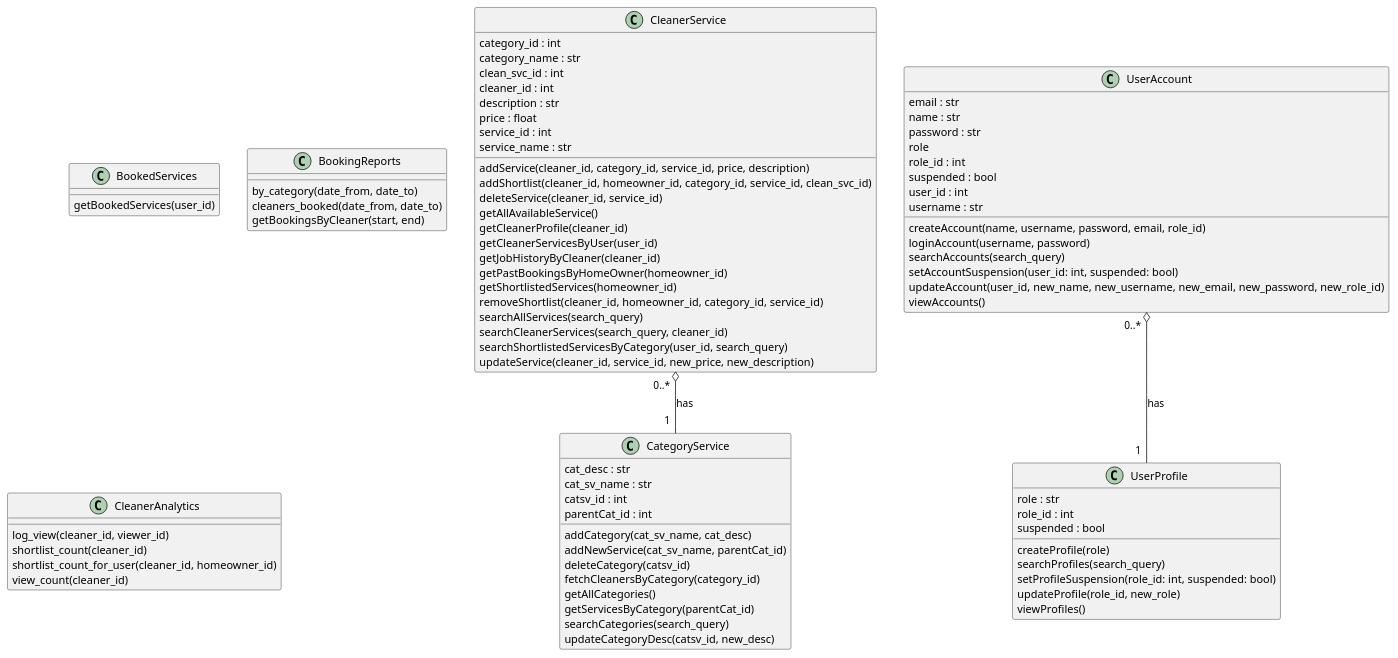
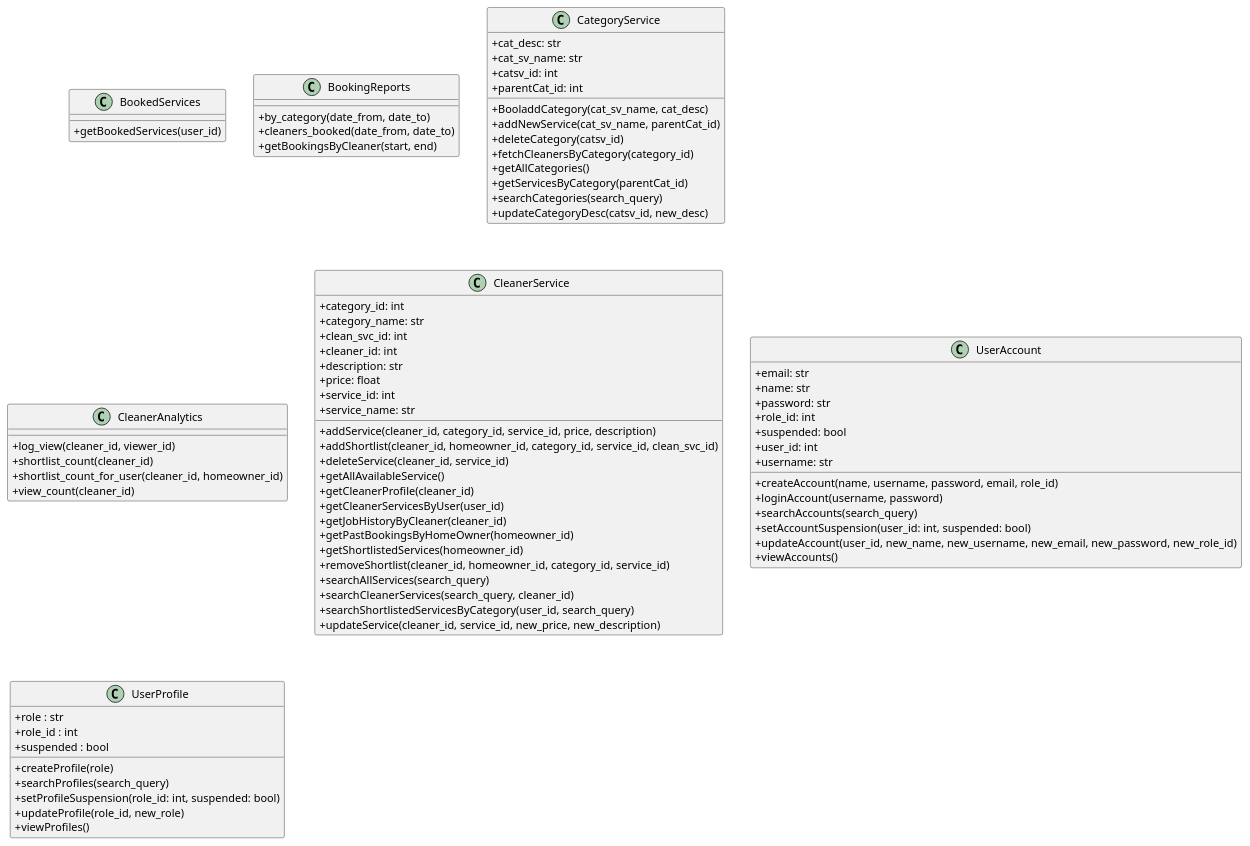
The diagram in CleanConnect/classes.puml (xXerii/CleanConnect), drawn with PlantUML before and after one commit.

```diff
--- a/CleanConnect/classes.puml
+++ b/CleanConnect/classes.puml
@@ -1,83 +1,83 @@
 @startuml classes
 set namespaceSeparator none
 class "BookedServices" as entity.BookedServices {
-  getBookedServices(user_id)
+  +getBookedServices(user_id)
 }
 class "BookingReports" as entity.BookingReports {
-  by_category(date_from, date_to)
-  cleaners_booked(date_from, date_to)
-  getBookingsByCleaner(start, end)
+  +by_category(date_from, date_to)
+  +cleaners_booked(date_from, date_to)
+  +getBookingsByCleaner(start, end)
 }
 class "CategoryService" as entity.CategoryService {
-  cat_desc : str
-  cat_sv_name : str
-  catsv_id : int
-  parentCat_id : int
-  addCategory(cat_sv_name, cat_desc)
-  addNewService(cat_sv_name, parentCat_id)
-  deleteCategory(catsv_id)
-  fetchCleanersByCategory(category_id)
-  getAllCategories()
-  getServicesByCategory(parentCat_id)
-  searchCategories(search_query)
-  updateCategoryDesc(catsv_id, new_desc)
+  + cat_desc: str
+  + cat_sv_name: str
+  + catsv_id: int
+  + parentCat_id: int
+
+  + BooladdCategory(cat_sv_name, cat_desc)
+  + addNewService(cat_sv_name, parentCat_id)
+  + deleteCategory(catsv_id)
+  + fetchCleanersByCategory(category_id)
+  + getAllCategories()
+  + getServicesByCategory(parentCat_id)
+  + searchCategories(search_query)
+  + updateCategoryDesc(catsv_id, new_desc)
 }
 class "CleanerAnalytics" as entity.CleanerAnalytics {
-  log_view(cleaner_id, viewer_id)
-  shortlist_count(cleaner_id)
-  shortlist_count_for_user(cleaner_id, homeowner_id)
-  view_count(cleaner_id)
+  +log_view(cleaner_id, viewer_id)
+  +shortlist_count(cleaner_id)
+  +shortlist_count_for_user(cleaner_id, homeowner_id)
+  +view_count(cleaner_id)
 }
 class "CleanerService" as entity.CleanerService {
-  category_id : int
-  category_name : str
-  clean_svc_id : int
-  cleaner_id : int
-  description : str
-  price : float
-  service_id : int
-  service_name : str
-  addService(cleaner_id, category_id, service_id, price, description)
-  addShortlist(cleaner_id, homeowner_id, category_id, service_id, clean_svc_id)
-  deleteService(cleaner_id, service_id)
-  getAllAvailableService()
-  getCleanerProfile(cleaner_id)
-  getCleanerServicesByUser(user_id)
-  getJobHistoryByCleaner(cleaner_id)
-  getPastBookingsByHomeOwner(homeowner_id)
-  getShortlistedServices(homeowner_id)
-  removeShortlist(cleaner_id, homeowner_id, category_id, service_id)
-  searchAllServices(search_query)
-  searchCleanerServices(search_query, cleaner_id)
-  searchShortlistedServicesByCategory(user_id, search_query)
-  updateService(cleaner_id, service_id, new_price, new_description)
+  + category_id: int
+  + category_name: str
+  + clean_svc_id: int
+  + cleaner_id: int
+  + description: str
+  + price: float
+  + service_id: int
+  + service_name: str
+
+  + addService(cleaner_id, category_id, service_id, price, description)
+  + addShortlist(cleaner_id, homeowner_id, category_id, service_id, clean_svc_id)
+  + deleteService(cleaner_id, service_id)
+  + getAllAvailableService()
+  + getCleanerProfile(cleaner_id)
+  + getCleanerServicesByUser(user_id)
+  + getJobHistoryByCleaner(cleaner_id)
+  + getPastBookingsByHomeOwner(homeowner_id)
+  + getShortlistedServices(homeowner_id)
+  + removeShortlist(cleaner_id, homeowner_id, category_id, service_id)
+  + searchAllServices(search_query)
+  + searchCleanerServices(search_query, cleaner_id)
+  + searchShortlistedServicesByCategory(user_id, search_query)
+  + updateService(cleaner_id, service_id, new_price, new_description)
 }
 class "UserAccount" as entity.UserAccount {
-  email : str
-  name : str
-  password : str
-  role
-  role_id : int
-  suspended : bool
-  user_id : int
-  username : str
-  createAccount(name, username, password, email, role_id)
-  loginAccount(username, password)
-  searchAccounts(search_query)
-  setAccountSuspension(user_id: int, suspended: bool)
-  updateAccount(user_id, new_name, new_username, new_email, new_password, new_role_id)
-  viewAccounts()
+  + email: str
+  + name: str
+  + password: str
+  + role_id: int
+  + suspended: bool
+  + user_id: int
+  + username: str
+  + createAccount(name, username, password, email, role_id)
+  + loginAccount(username, password)
+  + searchAccounts(search_query)
+  + setAccountSuspension(user_id: int, suspended: bool)
+  + updateAccount(user_id, new_name, new_username, new_email, new_password, new_role_id)
+  + viewAccounts()
 }
 class "UserProfile" as entity.UserProfile {
-  role : str
-  role_id : int
-  suspended : bool
-  createProfile(role)
-  searchProfiles(search_query)
-  setProfileSuspension(role_id: int, suspended: bool)
-  updateProfile(role_id, new_role)
-  viewProfiles()
+  + role : str
+  +role_id : int
+  +suspended : bool
+  +createProfile(role)
+  +searchProfiles(search_query)
+  +setProfileSuspension(role_id: int, suspended: bool)
+  +updateProfile(role_id, new_role)
+  +viewProfiles()
 }
-entity.UserAccount "0..*  " o-- "1  " entity.UserProfile : has 
-entity.CleanerService "0..*  " o-- "1  " entity.CategoryService : has 
+skinparam classAttributeIconSize 0
 @enduml
```
